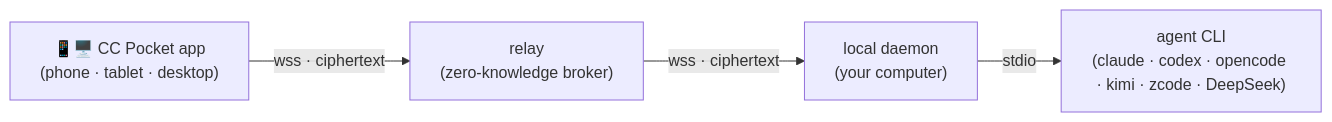
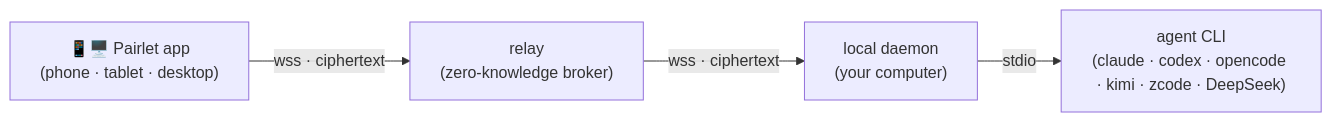
The diagram in README.md (heypandax/pairlet), drawn with Mermaid before and after one commit. The commit also changed other lines of this file and 1 other file, not shown here.

Commit message:
docs: introduce Pairlet with the former CC Pocket name

````diff
--- a/README.md
+++ b/README.md
@@ -66,6 +68,6 @@
 ```mermaid
 flowchart LR
-    app["📱🖥️ CC Pocket app<br/>(phone · tablet · desktop)"] -- "wss · ciphertext" --> relay["relay<br/>(zero-knowledge broker)"]
+    app["📱🖥️ Pairlet app<br/>(phone · tablet · desktop)"] -- "wss · ciphertext" --> relay["relay<br/>(zero-knowledge broker)"]
     relay -- "wss · ciphertext" --> daemon["local daemon<br/>(your computer)"]
     daemon -- "stdio" --> agent["agent CLI<br/>(claude · codex · opencode · kimi · zcode · DeepSeek)"]
 ```
````
